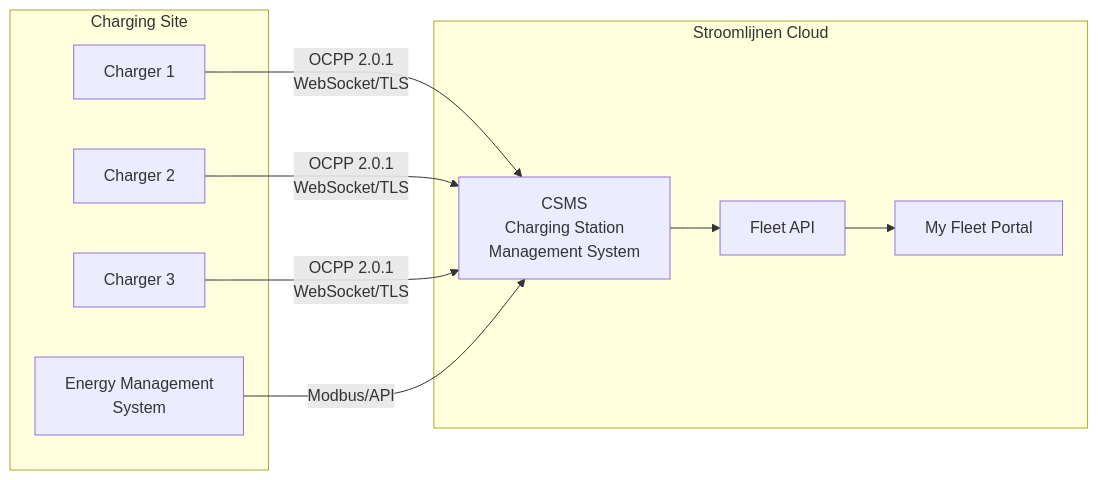
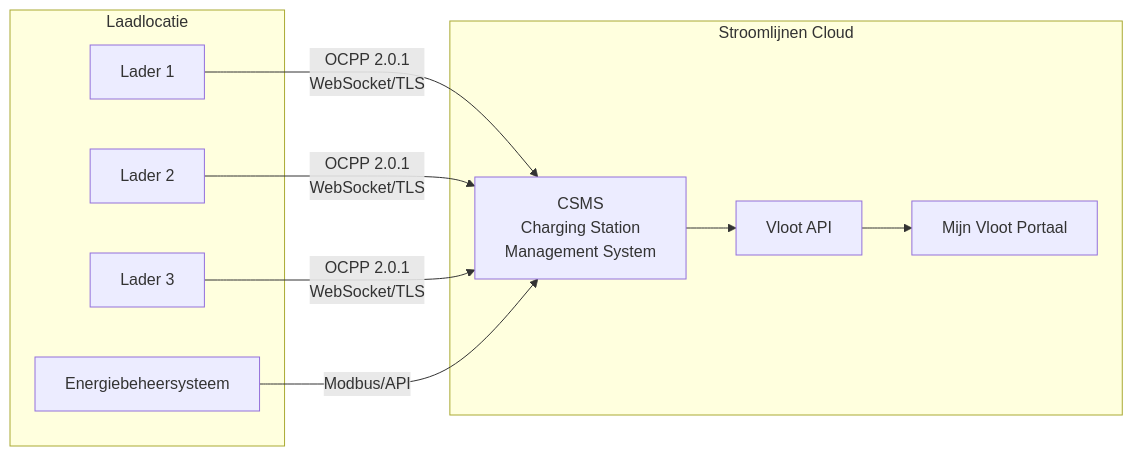
One commit to imichelena/stroomlijnen-docs changed the diagram in docs/technical/ocpp-overview.md. Above: the diagram before and after it, drawn with Mermaid. The commit also changed other lines of this file and 32 other files, not shown here.

````diff
--- a/docs/technical/ocpp-overview.md
+++ b/docs/technical/ocpp-overview.md
@@ -45,22 +45,22 @@
 ```mermaid
 graph LR
     subgraph Stroomlijnen Cloud
         CSMS[CSMS<br/>Charging Station<br/>Management System]
-        API[Fleet API]
-        Portal[My Fleet Portal]
+        API[Vloot API]
+        Portal[Mijn Vloot Portaal]
     end
 
-    subgraph Charging Site
-        CS1[Charger 1]
-        CS2[Charger 2]
-        CS3[Charger 3]
-        EMS[Energy Management<br/>System]
+    subgraph Laadlocatie
+        CS1[Lader 1]
+        CS2[Lader 2]
+        CS3[Lader 3]
+        EMS[Energiebeheersysteem]
     end
 
     CS1 -->|OCPP 2.0.1<br/>WebSocket/TLS| CSMS
     CS2 -->|OCPP 2.0.1<br/>WebSocket/TLS| CSMS
     CS3 -->|OCPP 2.0.1<br/>WebSocket/TLS| CSMS
     EMS -->|Modbus/API| CSMS
     CSMS --> API
     API --> Portal
 ```
````
